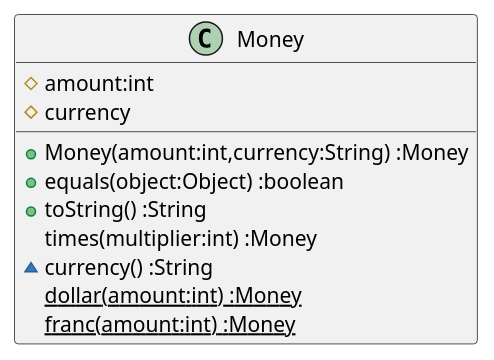
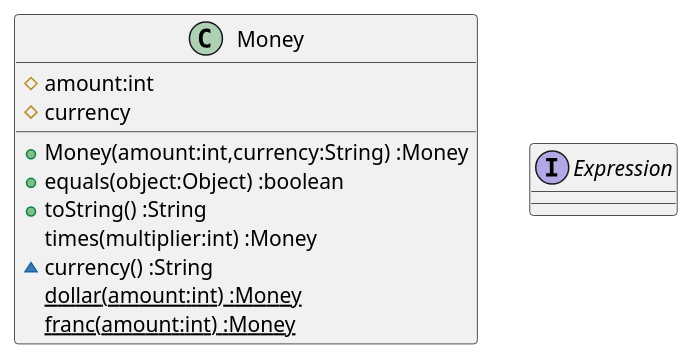
One commit to k2works/etude_for_java changed the diagram in docs/src/TDD.md. Above: the diagram before and after it, drawn with PlantUML. The commit also changed other lines of this file and 4 other files, not shown here.

````diff
--- a/docs/src/TDD.md
+++ b/docs/src/TDD.md
@@ -47,13 +47,14 @@
 ```puml
 class Money {
   #amount:int
   #currency  
   +Money(amount:int,currency:String) :Money
   +equals(object:Object) :boolean  
   +toString() :String
   times(multiplier:int) :Money
   ~currency() :String
   {static} dollar(amount:int) :Money
   {static} franc(amount:int) :Money  
 }
+interface Expression
 ```
````
